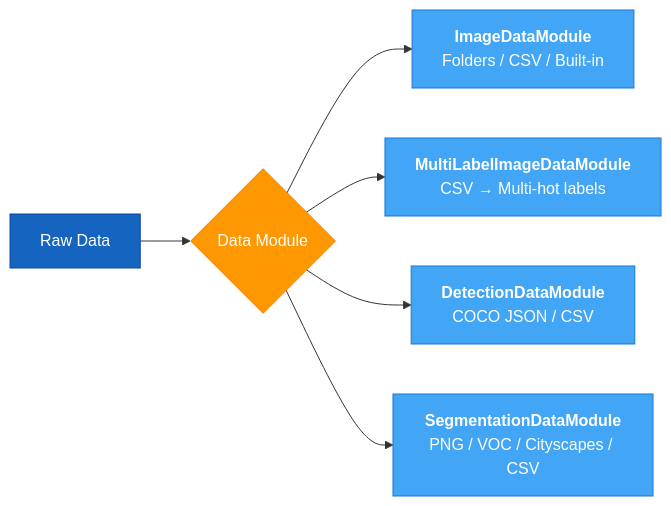
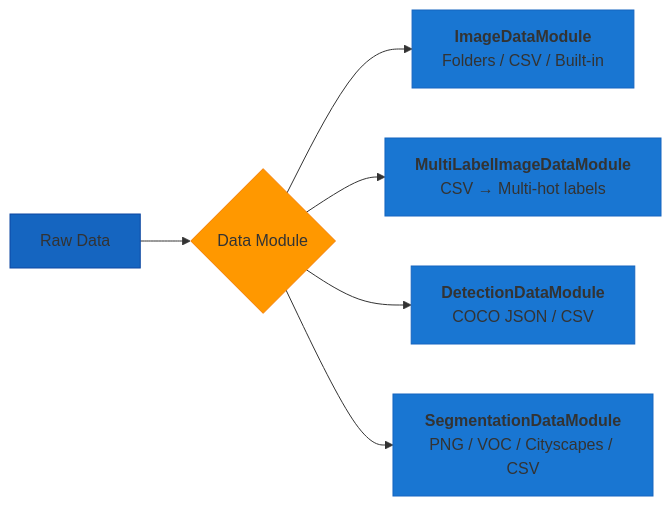
One commit to theja-vanka/AutoTimm changed the first of 2 diagrams in docs/user-guide/data-loading/index.md. Above: the diagram before and after it, drawn with Mermaid. The commit also changed other lines of this file and 37 other files, not shown here.

````diff
--- a/docs/user-guide/data-loading/index.md
+++ b/docs/user-guide/data-loading/index.md
@@ -17,15 +17,15 @@
 ```mermaid
 graph LR
     A[Raw Data] --> B{Data Module}
     B --> C1[<b>ImageDataModule</b><br/>Folders / CSV / Built-in]
     B --> C2[<b>MultiLabelImageDataModule</b><br/>CSV → Multi-hot labels]
     B --> C3[<b>DetectionDataModule</b><br/>COCO JSON / CSV]
     B --> C4[<b>SegmentationDataModule</b><br/>PNG / VOC / Cityscapes / CSV]
 
-    style A fill:#1565C0,stroke:#0D47A1,color:#fff
-    style B fill:#FF9800,stroke:#F57C00,color:#fff
-    style C1 fill:#42A5F5,stroke:#1976D2,color:#fff
-    style C2 fill:#42A5F5,stroke:#1976D2,color:#fff
-    style C3 fill:#42A5F5,stroke:#1976D2,color:#fff
-    style C4 fill:#42A5F5,stroke:#1976D2,color:#fff
+    style A fill:#1565C0,stroke:#0D47A1
+    style B fill:#FF9800,stroke:#F57C00
+    style C1 fill:#1976D2,stroke:#1565C0
+    style C2 fill:#1976D2,stroke:#1565C0
+    style C3 fill:#1976D2,stroke:#1565C0
+    style C4 fill:#1976D2,stroke:#1565C0
 ```
````
